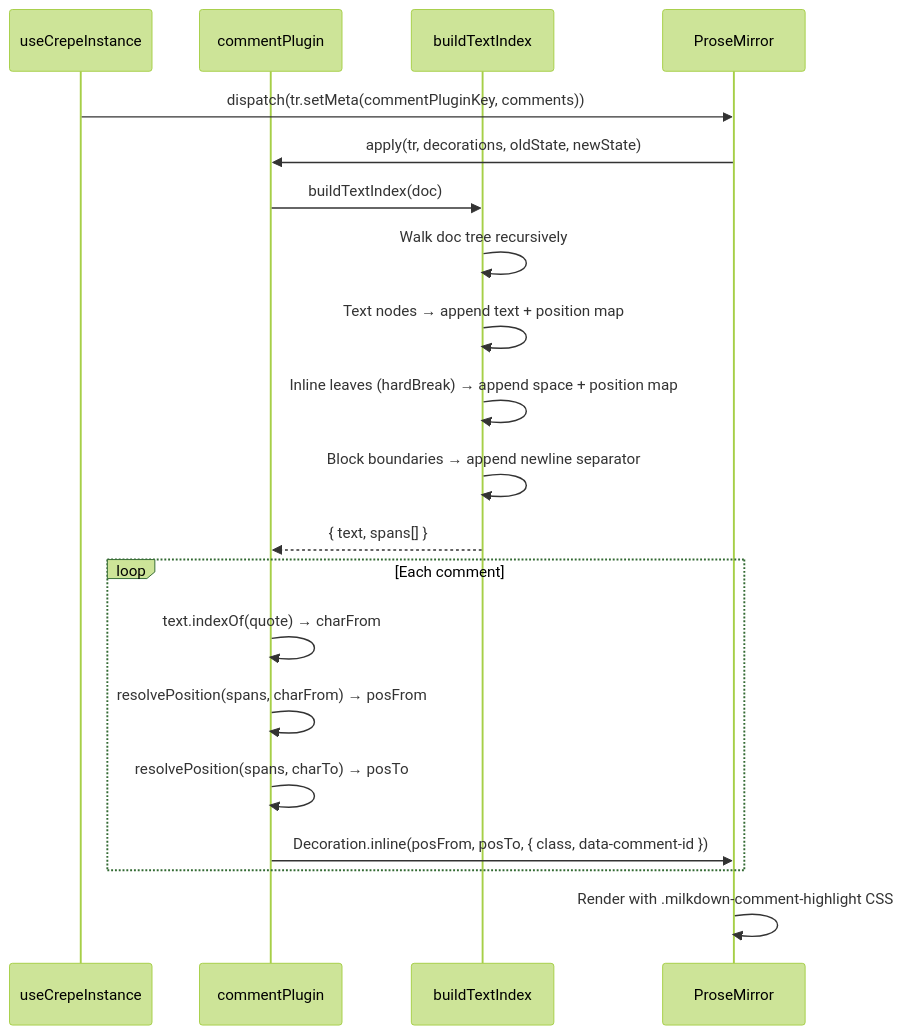
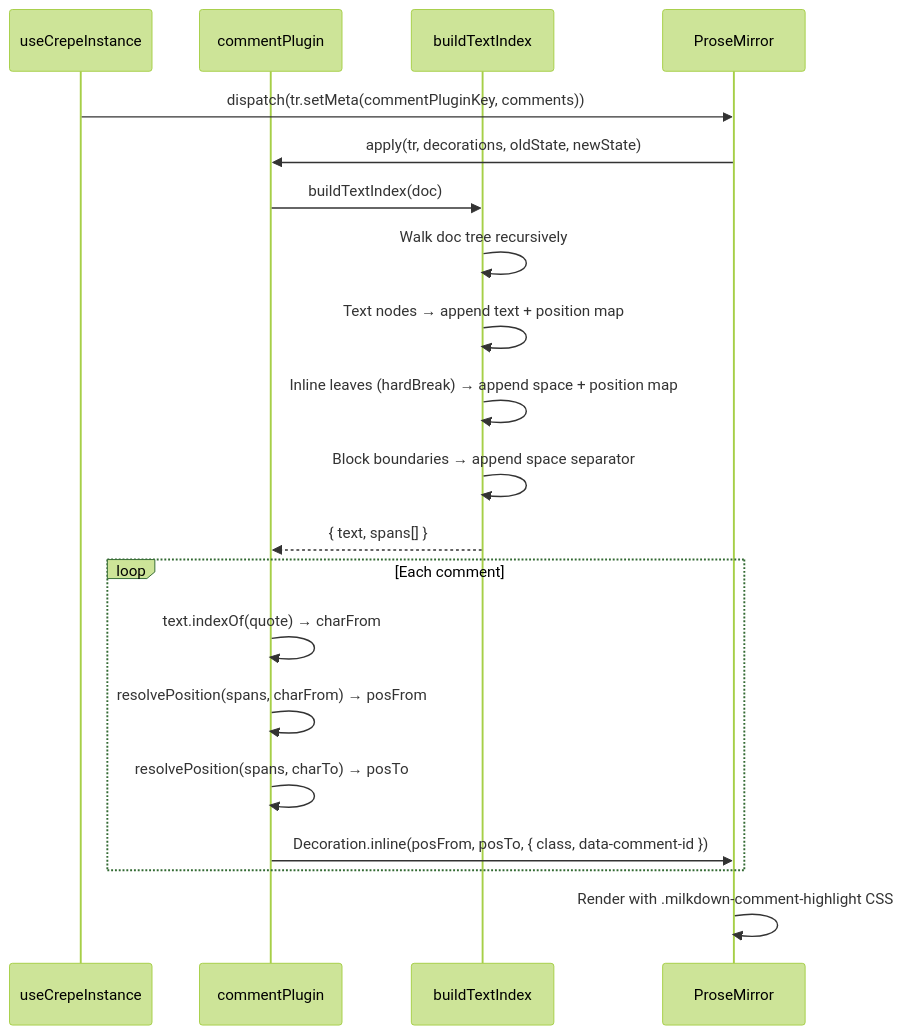
Before and after one commit to tcamise-gpsw/redraft: the fifth of 6 diagrams in docs/comment-anchoring.md, drawn with Mermaid (forest theme). The commit also changed other lines of this file and 2 other files, not shown here.

Commit message:
docs: address Copilot review feedback
Fix buildTextIndex docs to say space separator (not newline). Fix
test comment claiming pos 10..25 when assertion is to=24. Add serve
subcommand and --sidecar-branch to README CLI options.

````diff
--- a/docs/comment-anchoring.md
+++ b/docs/comment-anchoring.md
@@ -258,23 +258,23 @@
 ```mermaid
 sequenceDiagram
     participant UC as useCrepeInstance
     participant CP as commentPlugin
     participant BTI as buildTextIndex
     participant PM as ProseMirror
 
     UC->>PM: dispatch(tr.setMeta(commentPluginKey, comments))
     PM->>CP: apply(tr, decorations, oldState, newState)
     CP->>BTI: buildTextIndex(doc)
     BTI->>BTI: Walk doc tree recursively
     BTI->>BTI: Text nodes → append text + position map
     BTI->>BTI: Inline leaves (hardBreak) → append space + position map
-    BTI->>BTI: Block boundaries → append newline separator
+    BTI->>BTI: Block boundaries → append space separator
     BTI-->>CP: { text, spans[] }
     loop Each comment
         CP->>CP: text.indexOf(quote) → charFrom
         CP->>CP: resolvePosition(spans, charFrom) → posFrom
         CP->>CP: resolvePosition(spans, charTo) → posTo
         CP->>PM: Decoration.inline(posFrom, posTo, { class, data-comment-id })
     end
     PM->>PM: Render with .milkdown-comment-highlight CSS
 ```
````
